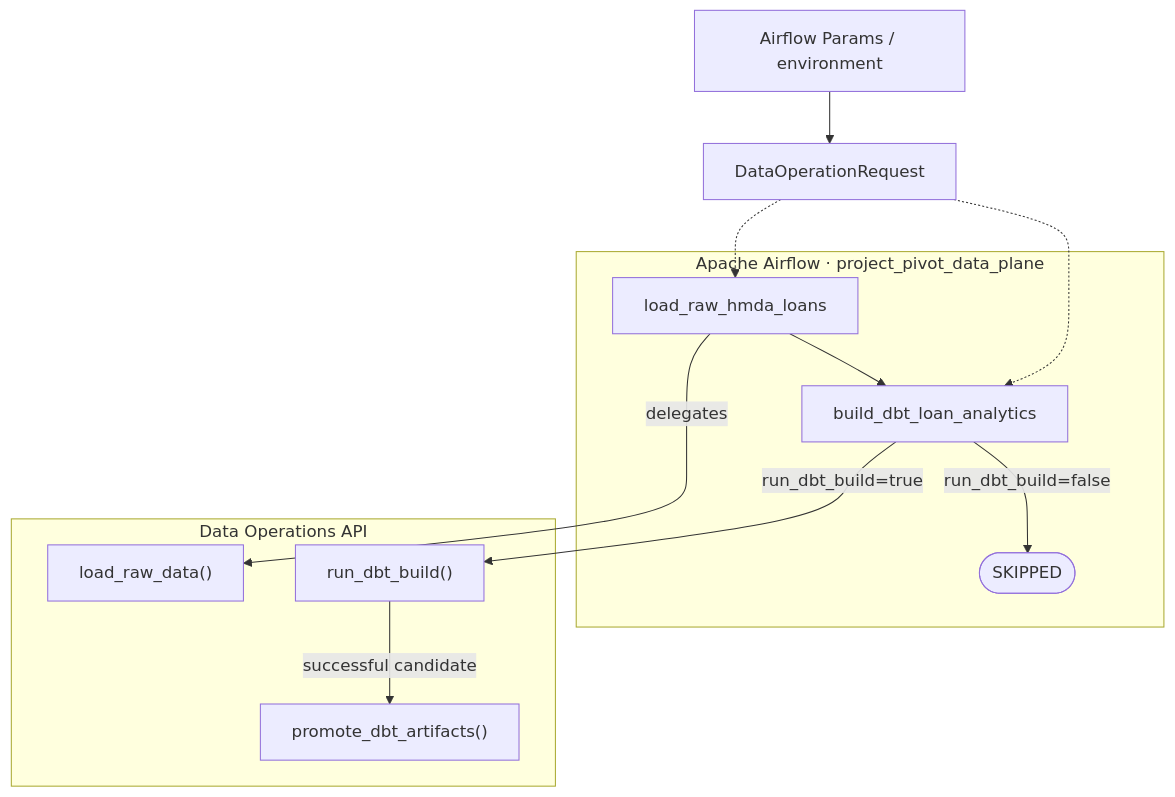
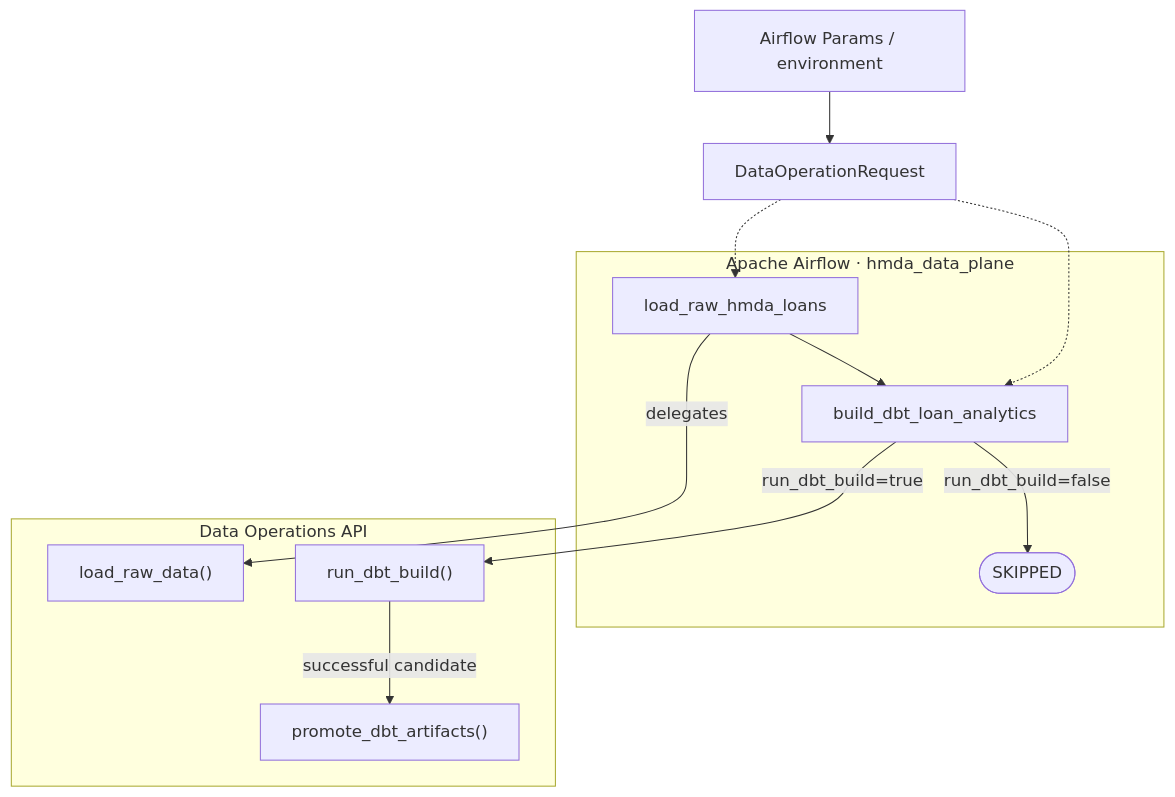
Before and after one commit to mols3131d/hmda-data-reliability: the diagram in docs/domains/orchestration.md, drawn with Mermaid. The commit also changed other lines of this file and 11 other files, not shown here.

````diff
--- a/docs/domains/orchestration.md
+++ b/docs/domains/orchestration.md
@@ -23,19 +23,19 @@
 ```mermaid
 flowchart TB
     config["Airflow Params / environment"] --> request["DataOperationRequest"]
 
-    subgraph airflow ["Apache Airflow · project_pivot_data_plane"]
+    subgraph airflow ["Apache Airflow · hmda_data_plane"]
         raw["load_raw_hmda_loans"] --> analytics["build_dbt_loan_analytics"]
         analytics -->|run_dbt_build=false| skipped(["SKIPPED"])
     end
 
     subgraph application ["Data Operations API"]
         load["load_raw_data()"]
         build["run_dbt_build()"] -->|successful candidate| promote["promote_dbt_artifacts()"]
     end
 
     request -.-> raw
     request -.-> analytics
     raw -->|delegates| load
     analytics -->|run_dbt_build=true| build
 ```
````
